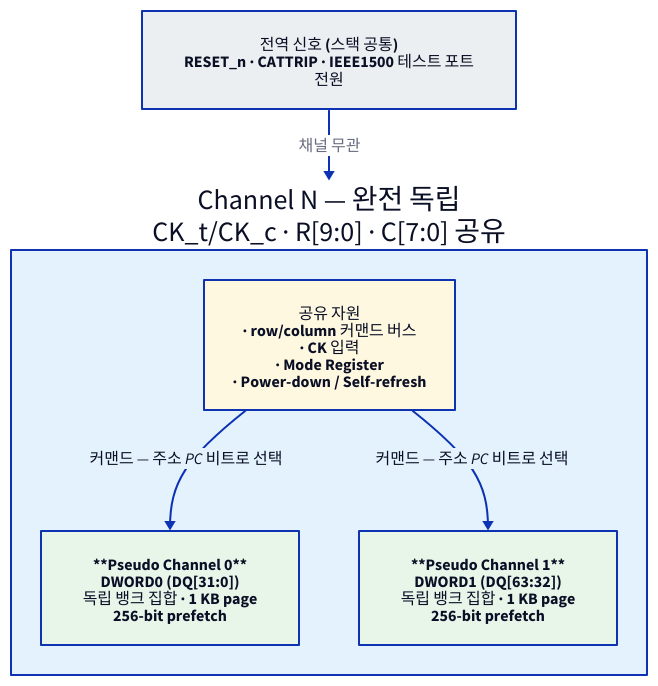
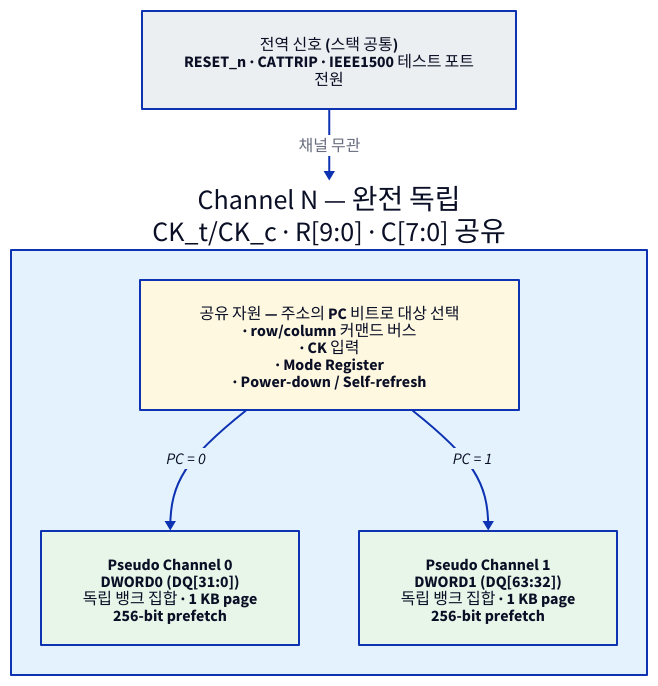
Before and after one commit to humbleowl39/DV_SKOOL: the diagram in starlight_site/src/content/docs/hbm4_jedec_dd/01_landscape_organization.md, drawn with D2. The commit also changed 714 other files, not shown here.

First line of the commit message:
fix(site): d2 다이어그램 가독성 결함 6종 일괄 수정

````diff
--- a/starlight_site/src/content/docs/hbm4_jedec_dd/01_landscape_organization.md
+++ b/starlight_site/src/content/docs/hbm4_jedec_dd/01_landscape_organization.md
@@ -87,32 +87,32 @@
 ```d2
 direction: down
 
 CH: "Channel N — 완전 독립\nCK_t/CK_c · R[9:0] · C[7:0] 공유" {
   style.fill: "#e3f2fd"
   style.font-color: "#0A0F25"
 
-  shared: "공유 자원\n· row/column 커맨드 버스\n· CK 입력\n· Mode Register\n· Power-down / Self-refresh" {
+  shared: "공유 자원 — 주소의 PC 비트로 대상 선택\n· row/column 커맨드 버스\n· CK 입력\n· Mode Register\n· Power-down / Self-refresh" {
     style.fill: "#fff8e1"
     style.font-color: "#0A0F25"
   }
 
-  pc0: "**Pseudo Channel 0**\nDWORD0 (DQ[31:0])\n독립 뱅크 집합 · 1 KB page\n256-bit prefetch" {
+  pc0: "Pseudo Channel 0\nDWORD0 (DQ[31:0])\n독립 뱅크 집합 · 1 KB page\n256-bit prefetch" {
     style.fill: "#e8f5e9"
     style.font-color: "#0A0F25"
   }
 
-  pc1: "**Pseudo Channel 1**\nDWORD1 (DQ[63:32])\n독립 뱅크 집합 · 1 KB page\n256-bit prefetch" {
+  pc1: "Pseudo Channel 1\nDWORD1 (DQ[63:32])\n독립 뱅크 집합 · 1 KB page\n256-bit prefetch" {
     style.fill: "#e8f5e9"
     style.font-color: "#0A0F25"
   }
 }
 
 GLOBAL: "전역 신호 (스택 공통)\nRESET_n · CATTRIP · IEEE1500 테스트 포트\n전원" {
   style.fill: "#eceff1"
   style.font-color: "#0A0F25"
 }
 
 GLOBAL -> CH: "채널 무관"
-CH.shared -> CH.pc0: "커맨드 — 주소 PC 비트로 선택" { style.font-color: "#0A0F25" }
-CH.shared -> CH.pc1: "커맨드 — 주소 PC 비트로 선택" { style.font-color: "#0A0F25" }
+CH.shared -> CH.pc0: "PC = 0" { style.font-color: "#0A0F25" }
+CH.shared -> CH.pc1: "PC = 1" { style.font-color: "#0A0F25" }
 ```
````
